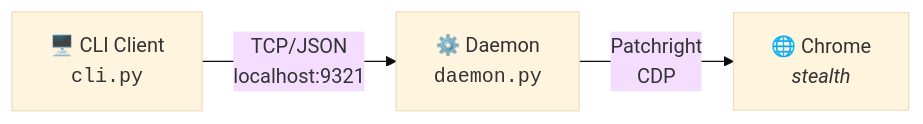
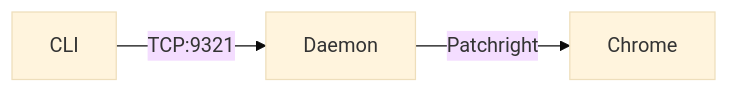
Before and after one commit to AhaiMk01/patchright-cli: the diagram in README.md, drawn with Mermaid (base theme).

Commit message:
Fix callout rendering + compact architecture diagram
- Move [!IMPORTANT] outside <details> (GitHub doesn't render callouts inside)
- Shorten mermaid diagram labels to avoid horizontal scroll

````diff
--- a/README.md
+++ b/README.md
@@ -112,5 +112,5 @@
 ```mermaid
 graph LR
-    A["🖥️ CLI Client<br/><code>cli.py</code>"] -->|"TCP/JSON<br/>localhost:9321"| B["⚙️ Daemon<br/><code>daemon.py</code>"]
-    B -->|"Patchright<br/>CDP"| C["🌐 Chrome<br/><i>stealth</i>"]
+    A[CLI] -->|TCP:9321| B[Daemon]
+    B -->|Patchright| C[Chrome]
 ```
````
